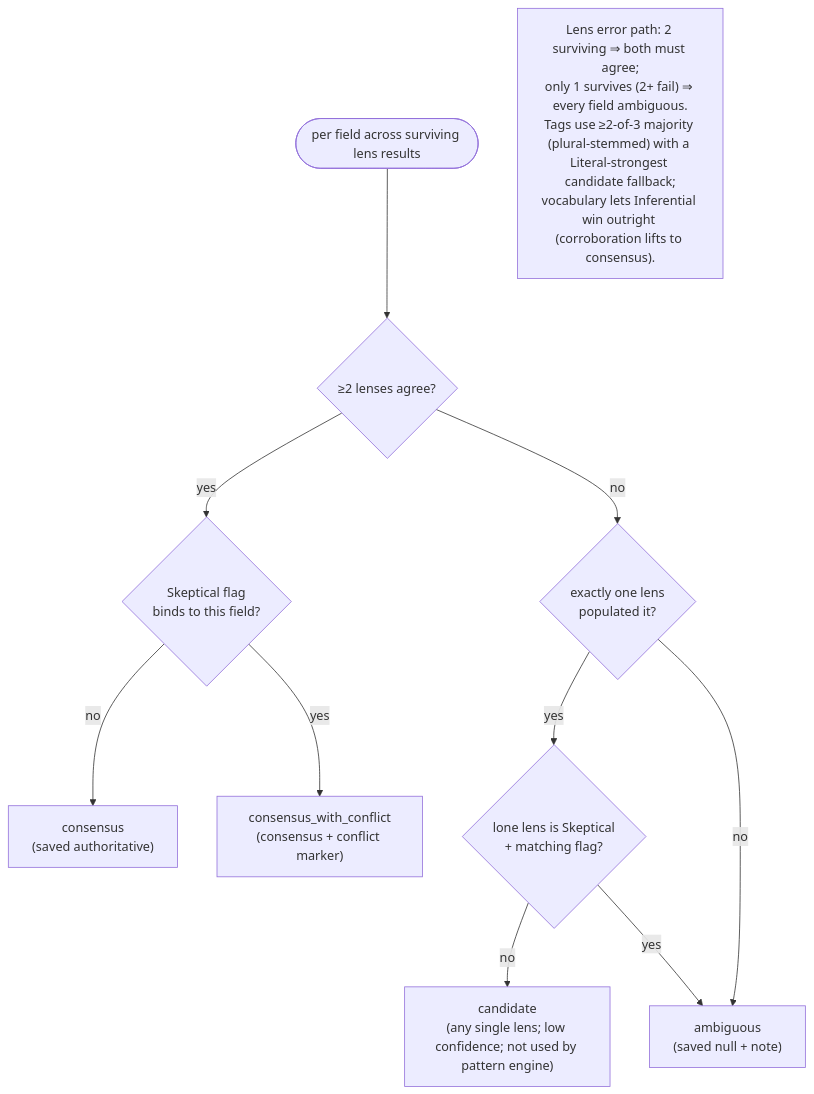
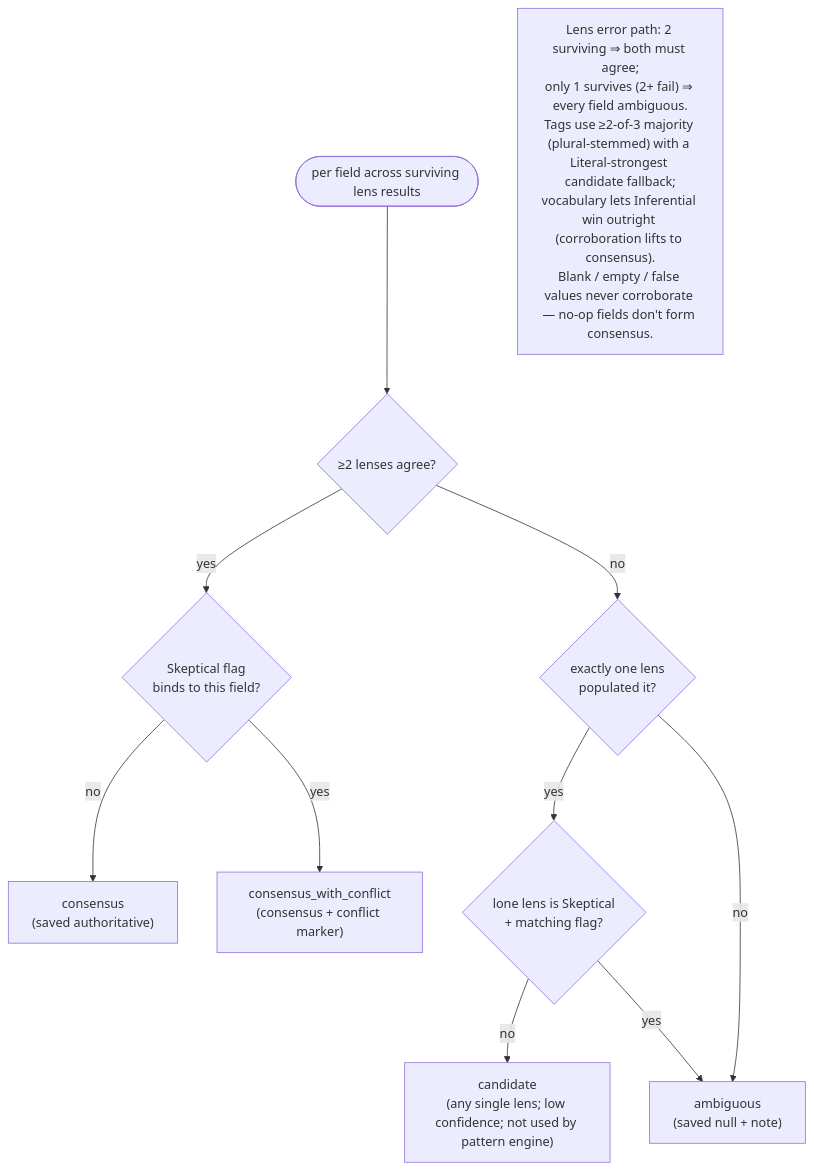
Before and after one commit to anchildress1/vestige: the third of 6 diagrams in docs/diagrams/llm-functionality.md, drawn with Mermaid. The commit also changed 4 other files, not shown here.

First line of the commit message:
docs: fix accuracy-audit findings in diagram atlas + README

````diff
--- a/docs/diagrams/llm-functionality.md
+++ b/docs/diagrams/llm-functionality.md
@@ -107,17 +107,17 @@
 ```mermaid
 flowchart TD
     accTitle: Convergence resolver per-field decision
     accDescr: For each field, if two or more of three lenses agree the verdict is consensus, unless a Skeptical flag binds to that field in which case it is consensus_with_conflict. If exactly one lens populated the field the verdict is candidate (any single lens, not specifically Inferential), except a lone Skeptical carrying a matching flag resolves to ambiguous. If lenses disagree the verdict is ambiguous and the field is saved null with a lens-disagreement note.
 
     F(["per field across surviving lens results"]) --> A{"≥2 lenses agree?"}
     A -- yes --> SK{"Skeptical flag<br/>binds to this field?"}
     SK -- no --> CON["consensus<br/>(saved authoritative)"]
     SK -- yes --> CWC["consensus_with_conflict<br/>(consensus + conflict marker)"]
     A -- no --> ONE{"exactly one lens<br/>populated it?"}
     ONE -- yes --> SKQ{"lone lens is Skeptical<br/>+ matching flag?"}
     SKQ -- no --> CND["candidate<br/>(any single lens; low confidence; not used by pattern engine)"]
     SKQ -- yes --> AMB["ambiguous<br/>(saved null + note)"]
     ONE -- no --> AMB
 
-    note["Lens error path: 2 surviving ⇒ both must agree;<br/>only 1 survives (2+ fail) ⇒ every field ambiguous.<br/>Tags use ≥2-of-3 majority (plural-stemmed) with a Literal-strongest candidate fallback;<br/>vocabulary lets Inferential win outright (corroboration lifts to consensus)."]
+    note["Lens error path: 2 surviving ⇒ both must agree;<br/>only 1 survives (2+ fail) ⇒ every field ambiguous.<br/>Tags use ≥2-of-3 majority (plural-stemmed) with a Literal-strongest candidate fallback;<br/>vocabulary lets Inferential win outright (corroboration lifts to consensus).<br/>Blank / empty / false values never corroborate — no-op fields don't form consensus."]
 ```
````
